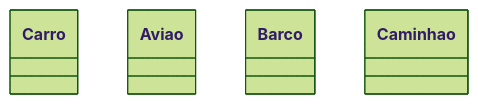
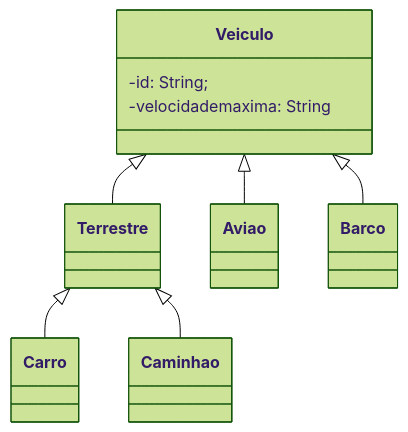
The third of 3 diagrams in Aulas/2026-10-14/Readme.md (MauricioTellesSilva/poo), drawn with Mermaid (forest theme) before and after one commit.

Commit message:
Add: veiculos UML

````diff
--- a/Aulas/2026-10-14/Readme.md
+++ b/Aulas/2026-10-14/Readme.md
@@ -118,17 +118,28 @@
 ```mermaid
 classDiagram
-
+    class Veiculo{
+        -id: String;
+        -velocidademaxima: String
+    }
+    class Terrestre{
+        
+    }
     class Carro{
 
     }
     class Aviao{
 
     }
     class Barco{
 
     }
     class Caminhao{
 
     }
-        
+    Veiculo <|-- Terrestre
+    Veiculo <|-- Barco
+    Veiculo <|-- Aviao
+
+    Terrestre <|-- Carro
+    Terrestre<|-- Caminhao    
 ```
````
